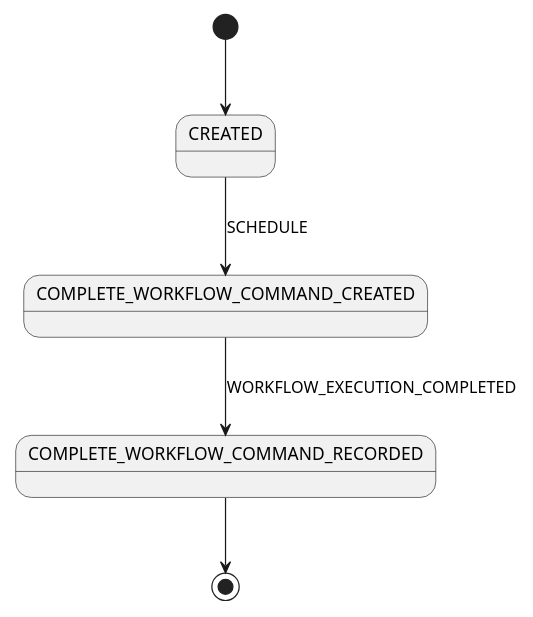
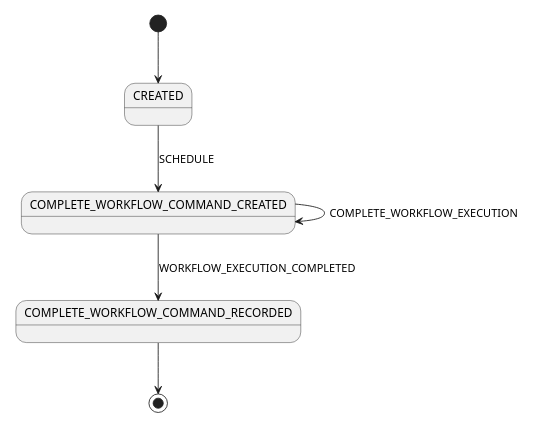
One commit to mfateev/temporal-java-sdk changed the diagram in src/main/java/io/temporal/internal/csm/CompleteWorkflowCommands.puml. Above: the diagram before and after it, drawn with PlantUML. The commit also changed 35 other files, not shown here.

```diff
--- a/src/main/java/io/temporal/internal/csm/CompleteWorkflowCommands.puml
+++ b/src/main/java/io/temporal/internal/csm/CompleteWorkflowCommands.puml
@@ -21,7 +21,8 @@
 @startuml
 scale 350 width
 [*] --> CREATED
 CREATED --> COMPLETE_WORKFLOW_COMMAND_CREATED: SCHEDULE
+COMPLETE_WORKFLOW_COMMAND_CREATED --> COMPLETE_WORKFLOW_COMMAND_CREATED: COMPLETE_WORKFLOW_EXECUTION
 COMPLETE_WORKFLOW_COMMAND_CREATED --> COMPLETE_WORKFLOW_COMMAND_RECORDED: WORKFLOW_EXECUTION_COMPLETED
 COMPLETE_WORKFLOW_COMMAND_RECORDED --> [*]
 @enduml
```
